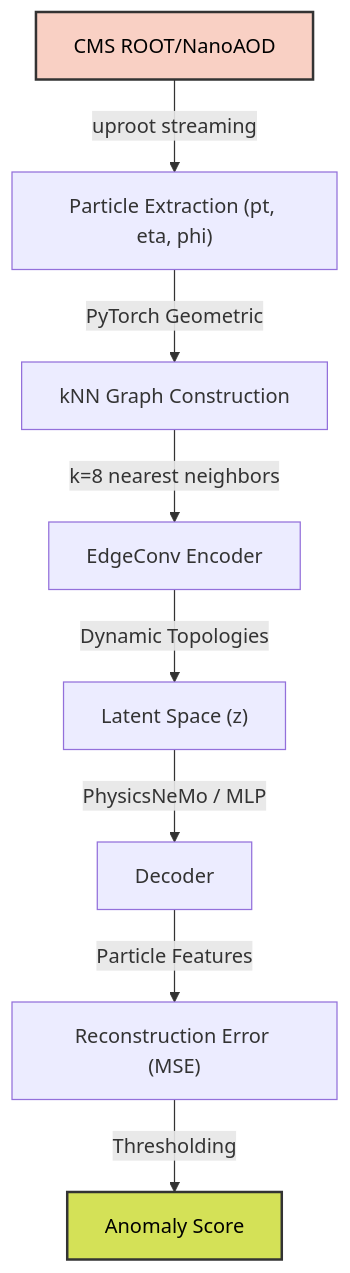
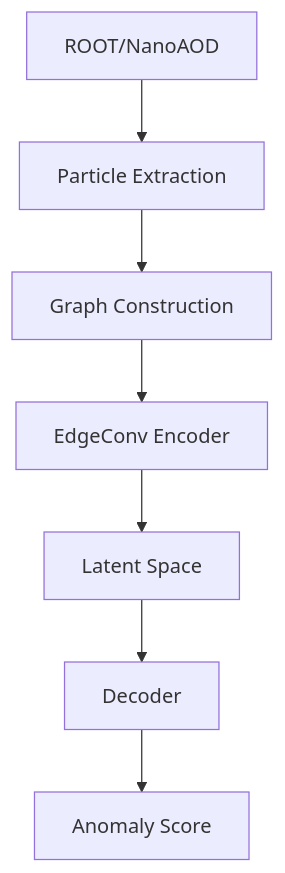
One commit to ABHISHEK1139/CERN-AI-HEP changed the diagram in README.md. Above: the diagram before and after it, drawn with Mermaid. The commit also changed other lines of this file and 1 other file, not shown here.

````diff
--- a/README.md
+++ b/README.md
@@ -32,13 +26,9 @@
 ```mermaid
 graph TD
-    A["CMS ROOT/NanoAOD"] -->|"uproot streaming"| B["Particle Extraction (pt, eta, phi)"]
-    B -->|"PyTorch Geometric"| C["kNN Graph Construction"]
-    C -->|"k=8 nearest neighbors"| D["EdgeConv Encoder"]
-    D -->|"Dynamic Topologies"| E["Latent Space (z)"]
-    E -->|"PhysicsNeMo / MLP"| F["Decoder"]
-    F -->|"Particle Features"| G["Reconstruction Error (MSE)"]
-    G -->|"Thresholding"| H["Anomaly Score"]
-    
-    style A fill:#f9d0c4,stroke:#333,stroke-width:2px,color:#000
-    style H fill:#d4e157,stroke:#333,stroke-width:2px,color:#000
+    A["ROOT/NanoAOD"] --> B["Particle Extraction"]
+    B --> C["Graph Construction"]
+    C --> D["EdgeConv Encoder"]
+    D --> E["Latent Space"]
+    E --> F["Decoder"]
+    F --> G["Anomaly Score"]
 ```
````
